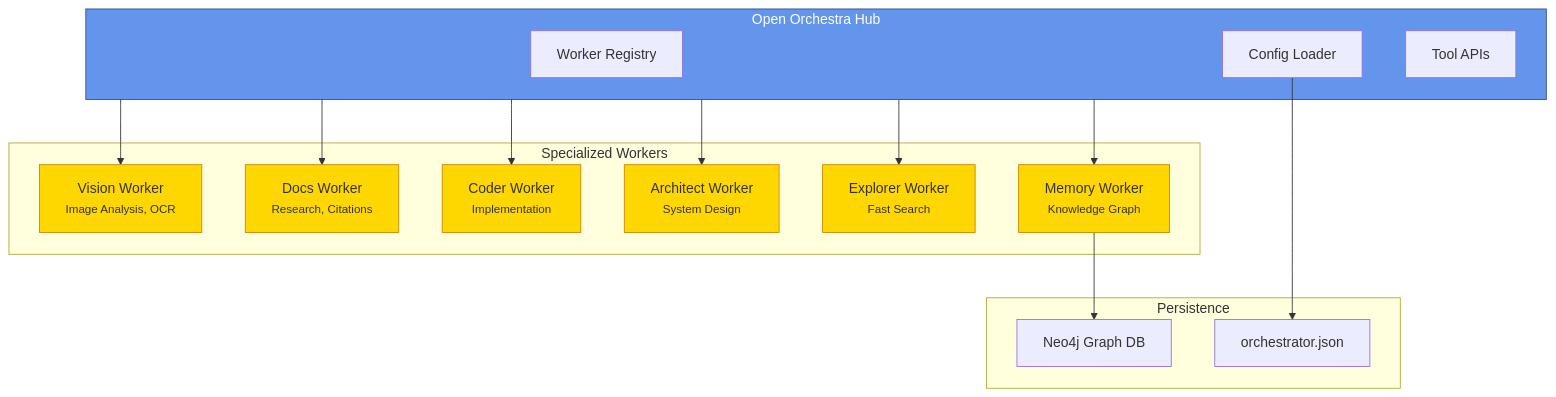
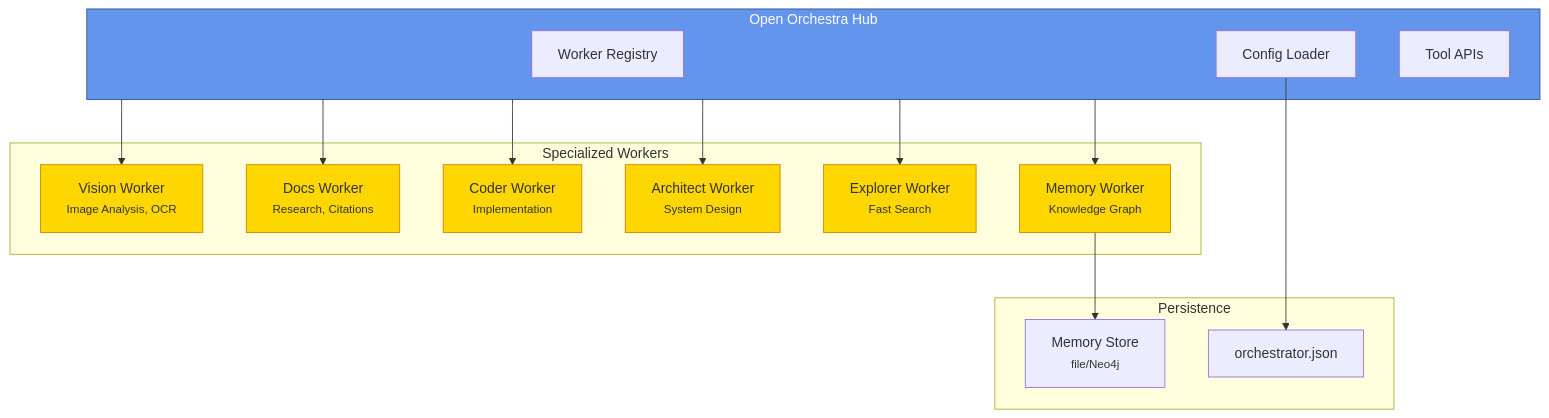
The first of 3 diagrams in README.md (0xSero/orchestra), drawn with Mermaid before and after one commit. The commit also changed other lines of this file and 126 other files, not shown here.

````diff
--- a/README.md
+++ b/README.md
@@ -105,40 +105,40 @@
 ```mermaid
 graph TB
     subgraph Orchestrator["Open Orchestra Hub"]
         Registry["Worker Registry"]
         Config["Config Loader"]
         Tools["Tool APIs"]
     end
     
     subgraph Workers["Specialized Workers"]
         Vision["Vision Worker<br/><small>Image Analysis, OCR</small>"]
         Docs["Docs Worker<br/><small>Research, Citations</small>"]
         Coder["Coder Worker<br/><small>Implementation</small>"]
         Architect["Architect Worker<br/><small>System Design</small>"]
         Explorer["Explorer Worker<br/><small>Fast Search</small>"]
         Memory["Memory Worker<br/><small>Knowledge Graph</small>"]
     end
     
     subgraph Storage["Persistence"]
-        Neo4j["Neo4j Graph DB"]
+        MemoryStore["Memory Store<br/><small>file/Neo4j</small>"]
         ConfigFiles["orchestrator.json"]
     end
     
     Orchestrator --> Vision
     Orchestrator --> Docs
     Orchestrator --> Coder
     Orchestrator --> Architect
     Orchestrator --> Explorer
     Orchestrator --> Memory
     
-    Memory --> Neo4j
+    Memory --> MemoryStore
     Config --> ConfigFiles
     
     style Orchestrator fill:#6495ED,stroke:#2F4F8F,color:#fff
     style Vision fill:#FFD700,stroke:#CC8400
     style Docs fill:#FFD700,stroke:#CC8400
     style Coder fill:#FFD700,stroke:#CC8400
     style Architect fill:#FFD700,stroke:#CC8400
     style Explorer fill:#FFD700,stroke:#CC8400
     style Memory fill:#FFD700,stroke:#CC8400
 ```
````
